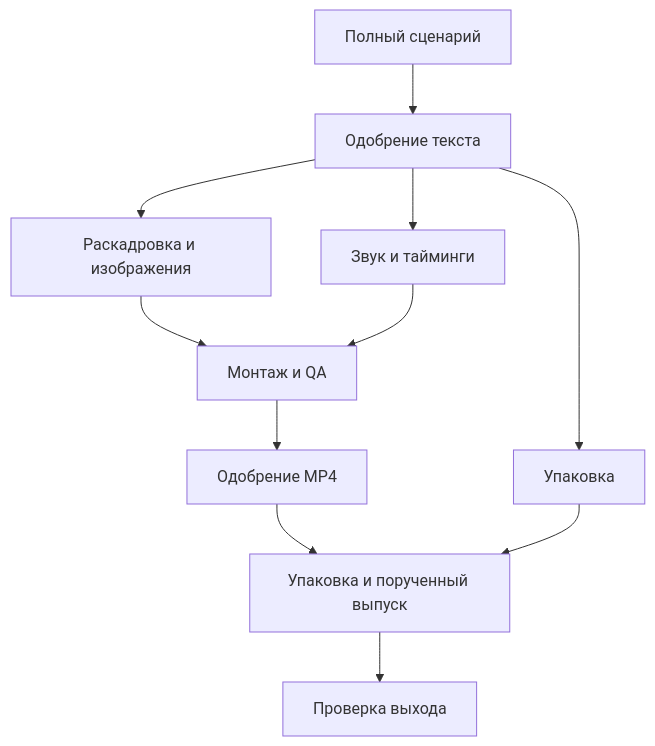
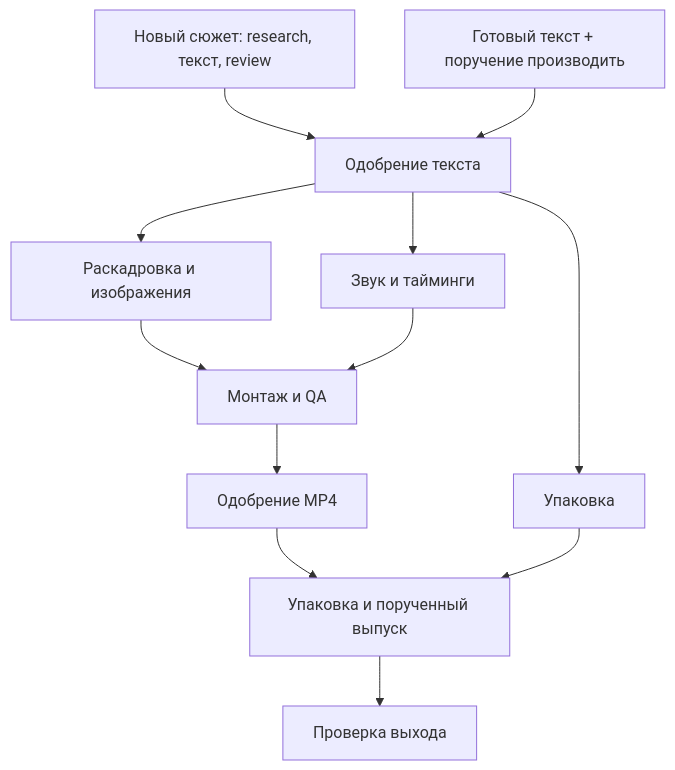
One commit to kleksar/ytvideos changed the diagram in docs/workflow.md. Above: the diagram before and after it, drawn with Mermaid. The commit also changed other lines of this file, not shown here.

Commit message:
docs(flow): separate story development from production of accepted PR text

````diff
--- a/docs/workflow.md
+++ b/docs/workflow.md
@@ -48,13 +75,14 @@
 ```mermaid
 flowchart TD
-  A["Полный сценарий"] --> B["Одобрение текста"]
+  A["Новый сюжет: research, текст, review"] --> B["Одобрение текста"]
+  S["Готовый текст + поручение производить"] --> B
   B --> C["Раскадровка и изображения"]
   B --> D["Звук и тайминги"]
   B --> E["Упаковка"]
   C --> F["Монтаж и QA"]
   D --> F
   F --> G["Одобрение MP4"]
   G --> H["Упаковка и порученный выпуск"]
   E --> H
   H --> I["Проверка выхода"]
 ```
````
